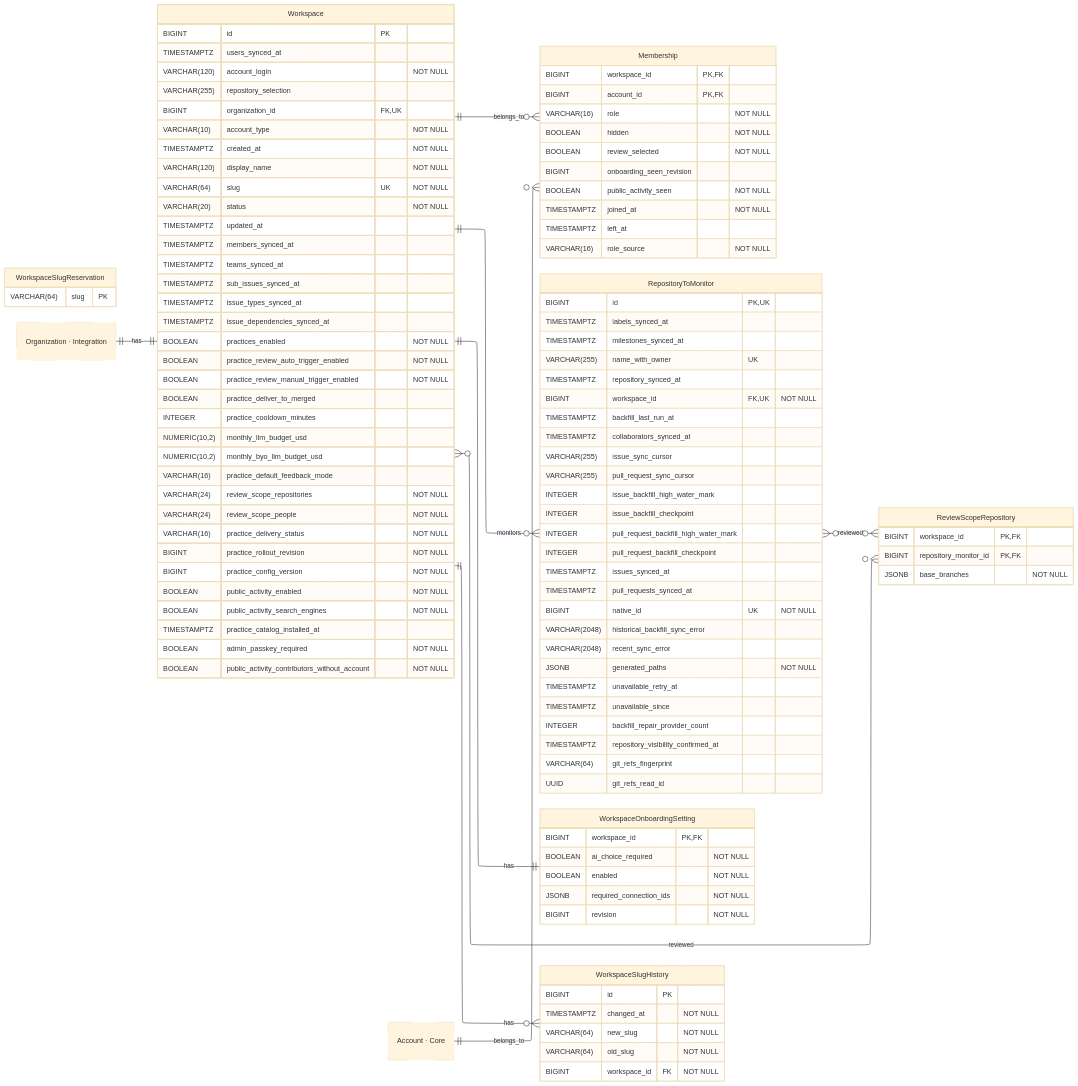
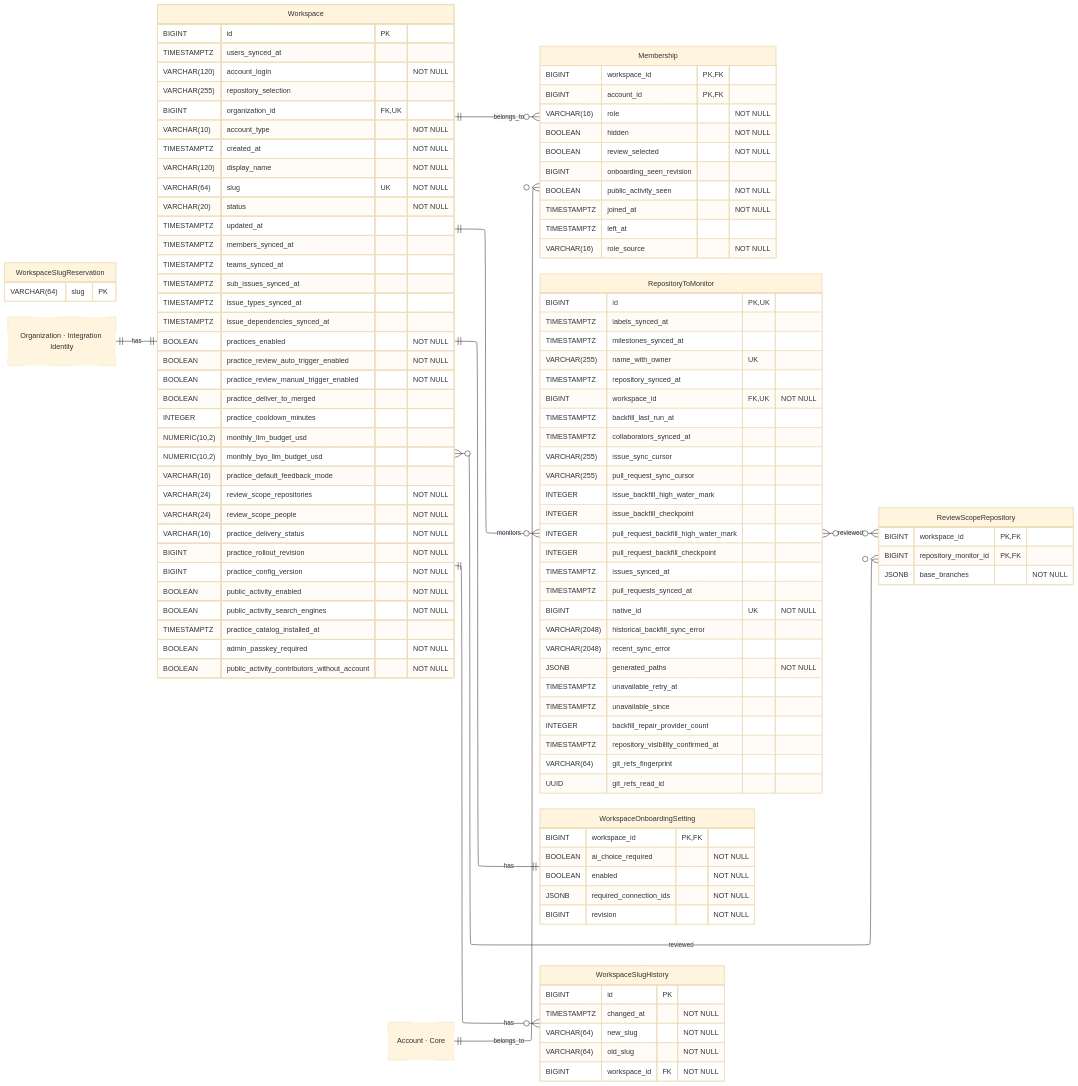
One commit to hephaestus-build/Hephaestus changed the diagram in docs/contributor/erd/workspace.mmd. Above: the diagram before and after it, drawn with Mermaid (base theme). The commit also changed 4 other files, not shown here.

Commit message:
docs(server): regenerate diagrams for explicit module names

```diff
--- a/docs/contributor/erd/workspace.mmd
+++ b/docs/contributor/erd/workspace.mmd
@@ -1,144 +1,144 @@
 ---
 config:
     layout: elk
 ---
 erDiagram
     %% Generated automatically from PostgreSQL database schema
     %% using scripts/generate-mermaid-erd.ts
     %% To regenerate: vp run db:generate-erd-docs
 
     direction LR
 
     Membership {
         BIGINT workspace_id PK,FK
         BIGINT account_id PK,FK
         VARCHAR(16) role "NOT NULL"
         BOOLEAN hidden "NOT NULL"
         BOOLEAN review_selected "NOT NULL"
         BIGINT onboarding_seen_revision
         BOOLEAN public_activity_seen "NOT NULL"
         TIMESTAMPTZ joined_at "NOT NULL"
         TIMESTAMPTZ left_at
         VARCHAR(16) role_source "NOT NULL"
     }
 
     RepositoryToMonitor {
         BIGINT id PK,UK
         TIMESTAMPTZ labels_synced_at
         TIMESTAMPTZ milestones_synced_at
         VARCHAR(255) name_with_owner UK
         TIMESTAMPTZ repository_synced_at
         BIGINT workspace_id FK,UK "NOT NULL"
         TIMESTAMPTZ backfill_last_run_at
         TIMESTAMPTZ collaborators_synced_at
         VARCHAR(255) issue_sync_cursor
         VARCHAR(255) pull_request_sync_cursor
         INTEGER issue_backfill_high_water_mark
         INTEGER issue_backfill_checkpoint
         INTEGER pull_request_backfill_high_water_mark
         INTEGER pull_request_backfill_checkpoint
         TIMESTAMPTZ issues_synced_at
         TIMESTAMPTZ pull_requests_synced_at
         BIGINT native_id UK "NOT NULL"
         VARCHAR(2048) historical_backfill_sync_error
         VARCHAR(2048) recent_sync_error
         JSONB generated_paths "NOT NULL"
         TIMESTAMPTZ unavailable_retry_at
         TIMESTAMPTZ unavailable_since
         INTEGER backfill_repair_provider_count
         TIMESTAMPTZ repository_visibility_confirmed_at
         VARCHAR(64) git_refs_fingerprint
         UUID git_refs_read_id
     }
 
     ReviewScopeRepository {
         BIGINT workspace_id PK,FK
         BIGINT repository_monitor_id PK,FK
         JSONB base_branches "NOT NULL"
     }
 
     Workspace {
         BIGINT id PK
         TIMESTAMPTZ users_synced_at
         VARCHAR(120) account_login "NOT NULL"
         VARCHAR(255) repository_selection
         BIGINT organization_id FK,UK
         VARCHAR(10) account_type "NOT NULL"
         TIMESTAMPTZ created_at "NOT NULL"
         VARCHAR(120) display_name "NOT NULL"
         VARCHAR(64) slug UK "NOT NULL"
         VARCHAR(20) status "NOT NULL"
         TIMESTAMPTZ updated_at
         TIMESTAMPTZ members_synced_at
         TIMESTAMPTZ teams_synced_at
         TIMESTAMPTZ sub_issues_synced_at
         TIMESTAMPTZ issue_types_synced_at
         TIMESTAMPTZ issue_dependencies_synced_at
         BOOLEAN practices_enabled "NOT NULL"
         BOOLEAN practice_review_auto_trigger_enabled "NOT NULL"
         BOOLEAN practice_review_manual_trigger_enabled "NOT NULL"
         BOOLEAN practice_deliver_to_merged
         INTEGER practice_cooldown_minutes
         NUMERIC(10,2) monthly_llm_budget_usd
         NUMERIC(10,2) monthly_byo_llm_budget_usd
         VARCHAR(16) practice_default_feedback_mode
         VARCHAR(24) review_scope_repositories "NOT NULL"
         VARCHAR(24) review_scope_people "NOT NULL"
         VARCHAR(16) practice_delivery_status "NOT NULL"
         BIGINT practice_rollout_revision "NOT NULL"
         BIGINT practice_config_version "NOT NULL"
         BOOLEAN public_activity_enabled "NOT NULL"
         BOOLEAN public_activity_search_engines "NOT NULL"
         TIMESTAMPTZ practice_catalog_installed_at
         BOOLEAN admin_passkey_required "NOT NULL"
         BOOLEAN public_activity_contributors_without_account "NOT NULL"
     }
 
     WorkspaceOnboardingSetting {
         BIGINT workspace_id PK,FK
         BOOLEAN ai_choice_required "NOT NULL"
         BOOLEAN enabled "NOT NULL"
         JSONB required_connection_ids "NOT NULL"
         BIGINT revision "NOT NULL"
     }
 
     WorkspaceSlugHistory {
         BIGINT id PK
         TIMESTAMPTZ changed_at "NOT NULL"
         VARCHAR(64) new_slug "NOT NULL"
         VARCHAR(64) old_slug "NOT NULL"
         BIGINT workspace_id FK "NOT NULL"
     }
 
     WorkspaceSlugReservation {
         VARCHAR(64) slug PK
     }
 
     Account["Account · Core"]
-    Organization["Organization · Integration"]
+    Organization["Organization · Integration Identity"]
 
     %% Relationships
     %% One-to-One relationships
     Organization ||--|| Workspace : has
     Workspace ||--|| WorkspaceOnboardingSetting : has
 
     %% One-to-Many relationships
     Account ||--o{ Membership : belongs_to
     Workspace ||--o{ Membership : belongs_to
     Workspace ||--o{ RepositoryToMonitor : monitors
     Workspace ||--o{ WorkspaceSlugHistory : has
 
     %% Many-to-Many relationships
     RepositoryToMonitor }o--o{ ReviewScopeRepository : reviewed
     Workspace }o--o{ ReviewScopeRepository : reviewed
 
     %% Styling
     classDef primaryEntity stroke-width:2px
     classDef associationEntity stroke-width:1px
     classDef metadataEntity stroke-width:1px
     classDef referenceEntity stroke-dasharray:5 5
 
     class Account referenceEntity
     class Organization referenceEntity
     class RepositoryToMonitor metadataEntity
     class Workspace primaryEntity
```
